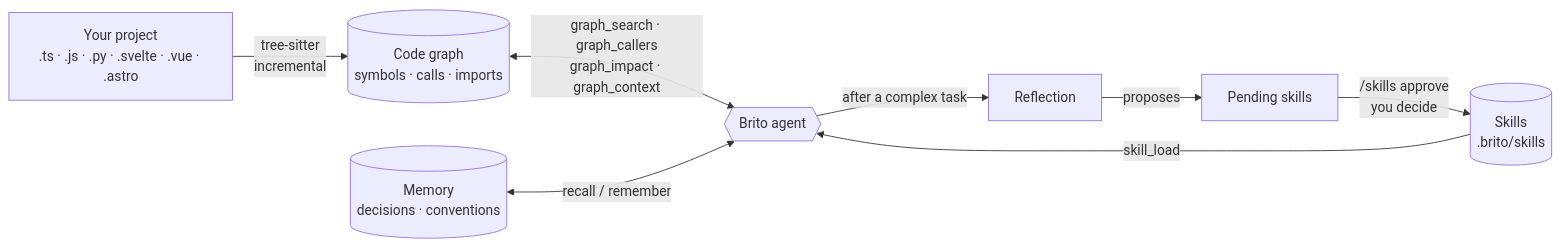
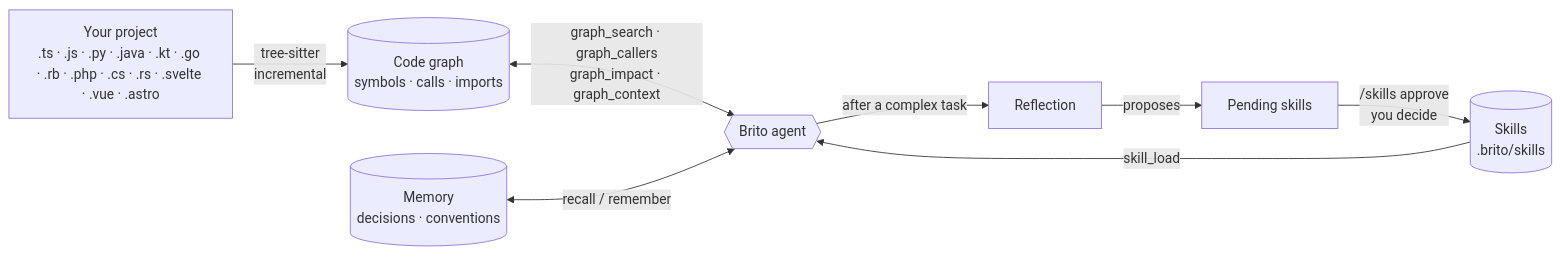
The diagram in README.md (PedroMansanari1/brito), drawn with Mermaid before and after one commit. The commit also changed other lines of this file and 8 other files, not shown here.

First line of the commit message:
feat(graph): suporte a Java, Kotlin, Go, Ruby, PHP, C# e Rust; v0.2.0

````diff
--- a/README.md
+++ b/README.md
@@ -26,10 +26,10 @@
 ```mermaid
 flowchart LR
-    code["Your project<br/>.ts · .js · .py · .svelte · .vue · .astro"] -->|"tree-sitter<br/>incremental"| cg[("Code graph<br/>symbols · calls · imports")]
+    code["Your project<br/>.ts · .js · .py · .java · .kt · .go · .rb · .php · .cs · .rs · .svelte · .vue · .astro"] -->|"tree-sitter<br/>incremental"| cg[("Code graph<br/>symbols · calls · imports")]
     cg <-->|"graph_search · graph_callers<br/>graph_impact · graph_context"| agent{{"Brito agent"}}
     mem[("Memory<br/>decisions · conventions")] <-->|"recall / remember"| agent
     agent -->|"after a complex task"| learn["Reflection"]
     learn -->|"proposes"| pending["Pending skills"]
     pending -->|"/skills approve<br/>you decide"| skills[("Skills<br/>.brito/skills")]
     skills -->|"skill_load"| agent
 ```
````
